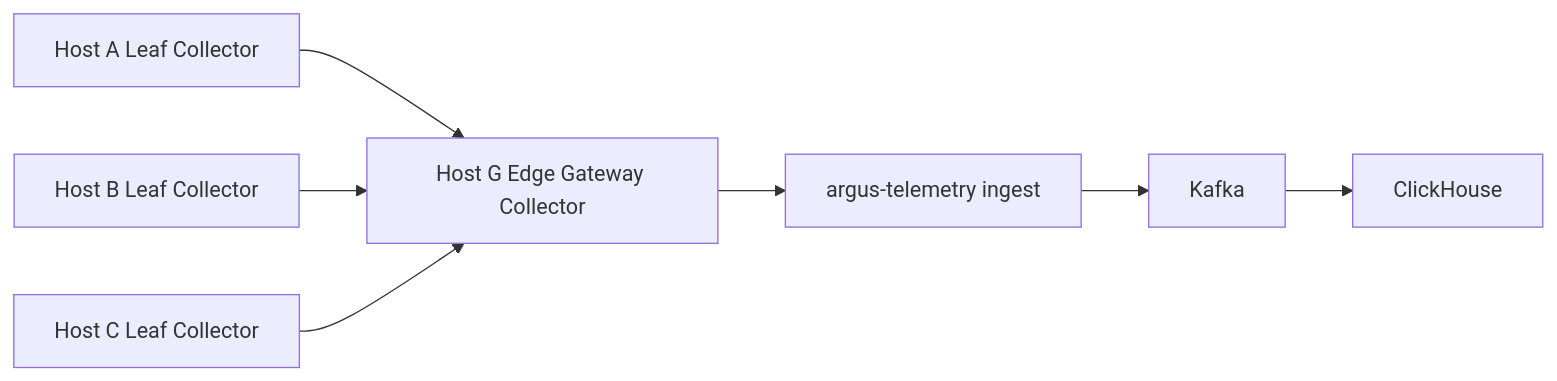
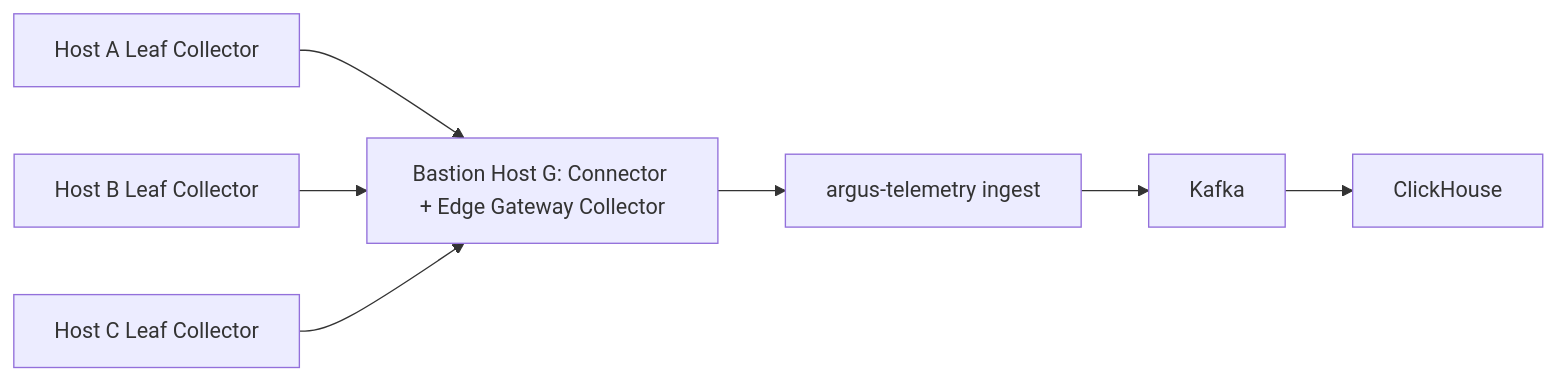
Before and after one commit to kakj-go/Argus: the second of 4 diagrams in docs/09-opentelemetry-observability.md, drawn with Mermaid. The commit also changed other lines of this file and 302 other files, not shown here.

````diff
--- a/docs/09-opentelemetry-observability.md
+++ b/docs/09-opentelemetry-observability.md
@@ -50,9 +53,9 @@
 ```mermaid
 flowchart LR
-    A["Host A Leaf Collector"] --> G["Host G Edge Gateway Collector"]
+    A["Host A Leaf Collector"] --> G["Bastion Host G: Connector + Edge Gateway Collector"]
     B["Host B Leaf Collector"] --> G
     C["Host C Leaf Collector"] --> G
     G --> I["argus-telemetry ingest"]
     I --> K["Kafka"]
     K --> CH["ClickHouse"]
 ```
````
